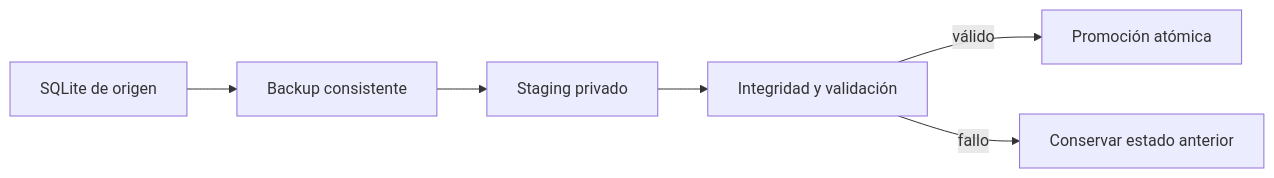
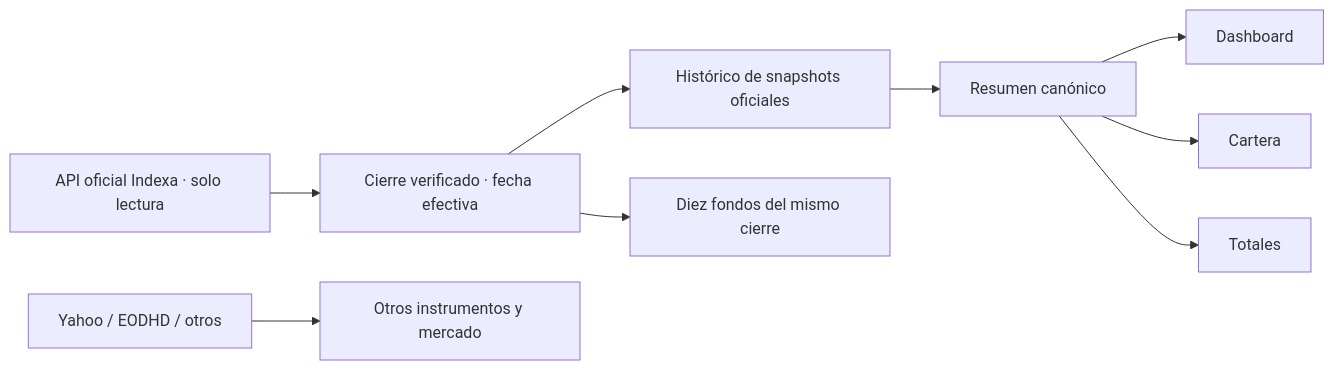
Before and after one commit to ratienza/infra-replicant-lab: the second of 2 diagrams in docs/aplicaciones/cartera-estrategica.md, drawn with Mermaid. The commit also changed other lines of this file and 37 other files, not shown here.

Commit message:
docs: publish Cartera v2.0.0 architecture and portables

````diff
--- a/docs/aplicaciones/cartera-estrategica.md
+++ b/docs/aplicaciones/cartera-estrategica.md
@@ -59,8 +65,11 @@
 ```mermaid
 flowchart LR
-    O["SQLite de origen"] --> B["Backup consistente"]
-    B --> S["Staging privado"]
-    S --> V["Integridad y validación"]
-    V -->|válido| P["Promoción atómica"]
-    V -->|fallo| R["Conservar estado anterior"]
+    API["API oficial Indexa · solo lectura"] --> C["Cierre verificado · fecha efectiva"]
+    C --> H["Histórico de snapshots oficiales"]
+    H --> R["Resumen canónico"]
+    R --> D["Dashboard"]
+    R --> P["Cartera"]
+    R --> T["Totales"]
+    C --> F["Diez fondos del mismo cierre"]
+    EXT["Yahoo / EODHD / otros"] --> O["Otros instrumentos y mercado"]
 ```
````
